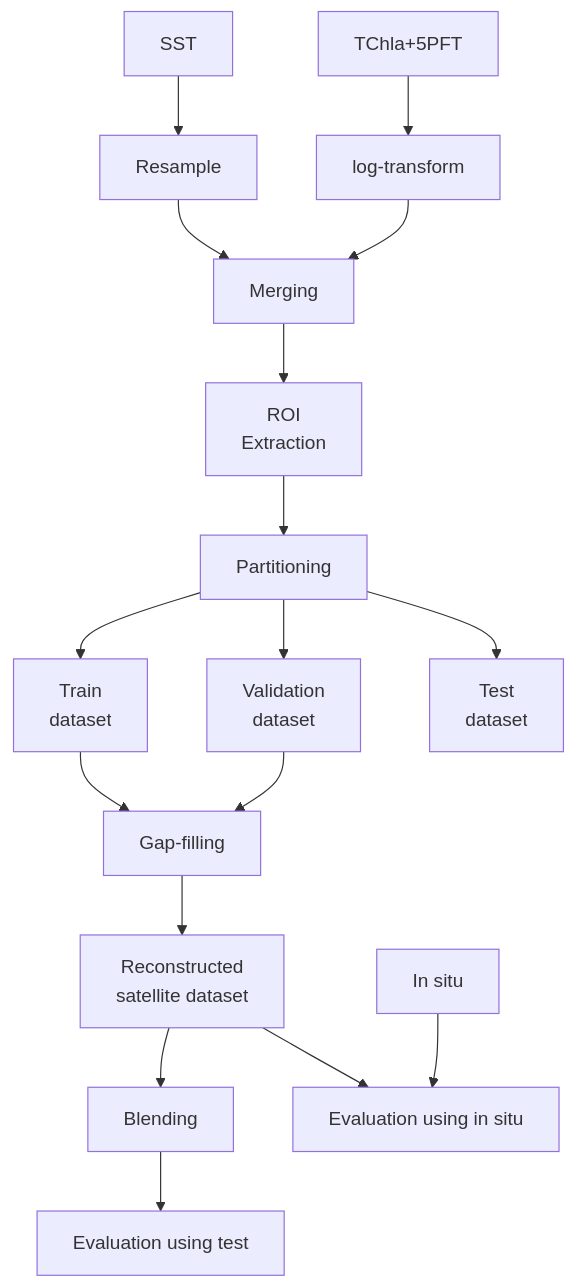
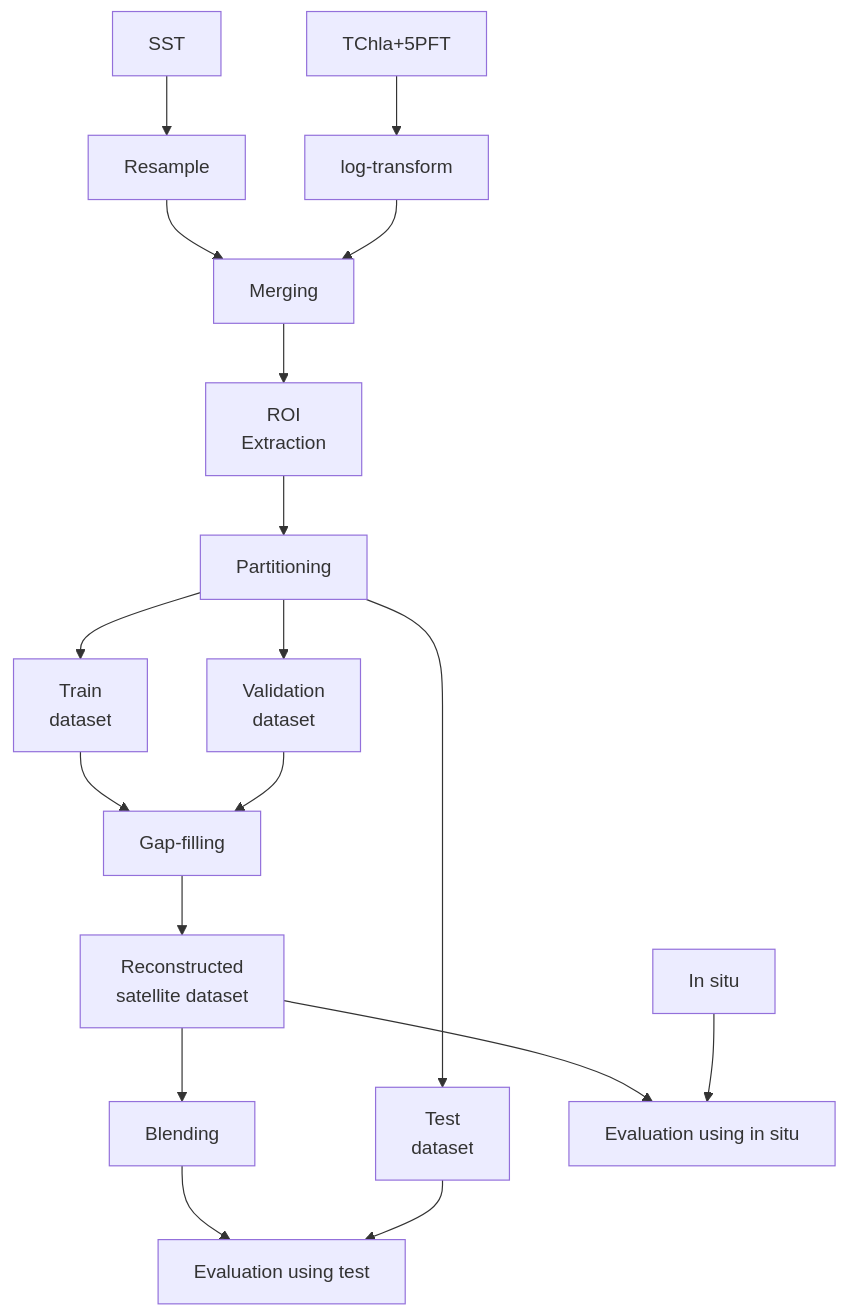
The diagram in README.md (EhsanMehdipour/PFT_gapfilling), drawn with Mermaid before and after one commit.

Commit message:
add mermaid

````diff
--- a/README.md
+++ b/README.md
@@ -65,31 +65,32 @@
 ```mermaid
 flowchart TD
     A1[SST]
     A2[TChla+5PFT]
     A3[In situ]
 
     A1-->D[Resample]
     A2-->E[log-transform]
     D-->F[Merging]
     E-->F
     F-->G[ROI 
     Extraction]
     G-->H[Partitioning]
 
     H-->I1[Train 
     dataset]
     H-->I2[Validation 
     dataset]
     H-->I3[Test 
     dataset]
 
     I1-->J[Gap-filling]
     I2-->J
 
     J-->K[Reconstructed 
     satellite dataset]
     K-->L[Blending]
     L-->N[Evaluation using test]
     K-->M
     A3-->M[Evaluation using in situ]
+    I3-->N
 ```
````
